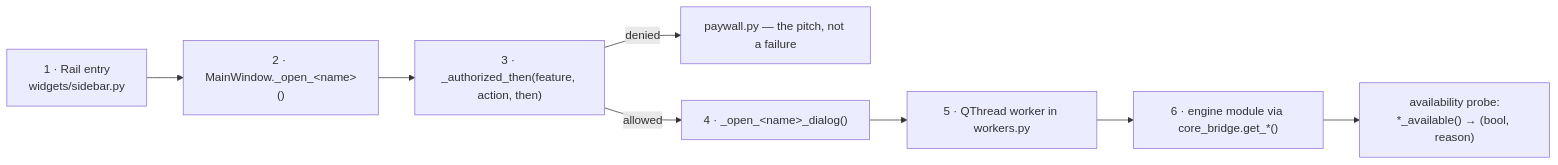
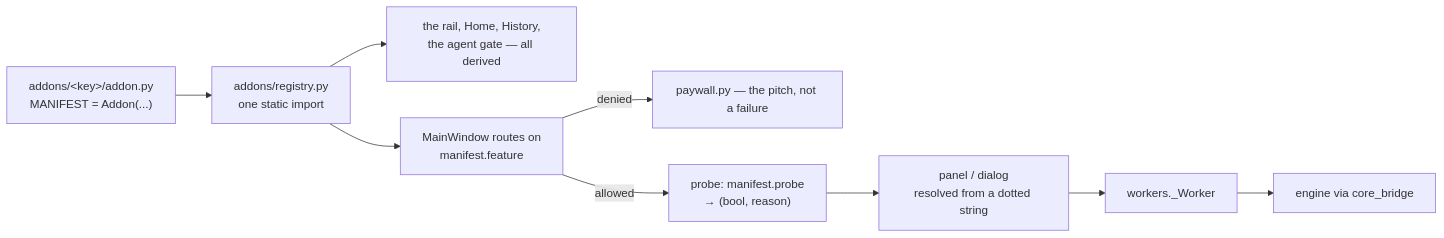
The diagram in docs/architecture/06-addons.md (HitarthTrivedi/prism_gui), drawn with Mermaid before and after one commit. The commit also changed other lines of this file and 10 other files, not shown here.

````diff
--- a/docs/architecture/06-addons.md
+++ b/docs/architecture/06-addons.md
@@ -358,10 +391,11 @@
 ```mermaid
 flowchart LR
-    A["1 · Rail entry<br/>widgets/sidebar.py"] --> B["2 · MainWindow._open_&lt;name&gt;()"]
-    B --> C["3 · _authorized_then(feature, action, then)"]
-    C -->|denied| P["paywall.py — the pitch, not a failure"]
-    C -->|allowed| D["4 · _open_&lt;name&gt;_dialog()"]
-    D --> E["5 · QThread worker in workers.py"]
-    E --> F["6 · engine module via core_bridge.get_*()"]
-    F --> G["availability probe:<br/>*_available() → (bool, reason)"]
+    A["addons/&lt;key&gt;/addon.py<br/>MANIFEST = Addon(...)"] --> B["addons/registry.py<br/>one static import"]
+    B --> C["the rail, Home, History,<br/>the agent gate — all derived"]
+    B --> D["MainWindow routes on<br/>manifest.feature"]
+    D -->|denied| P["paywall.py — the pitch, not a failure"]
+    D -->|allowed| E["probe: manifest.probe<br/>→ (bool, reason)"]
+    E --> F["panel / dialog<br/>resolved from a dotted string"]
+    F --> G["workers._Worker"]
+    G --> H["engine via core_bridge"]
 ```
````
